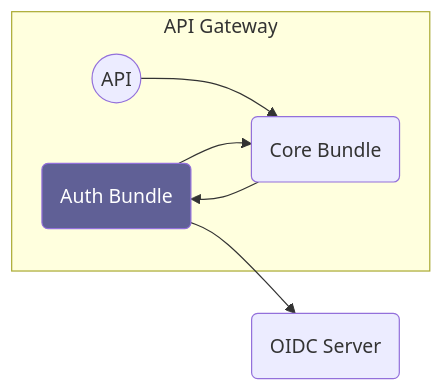
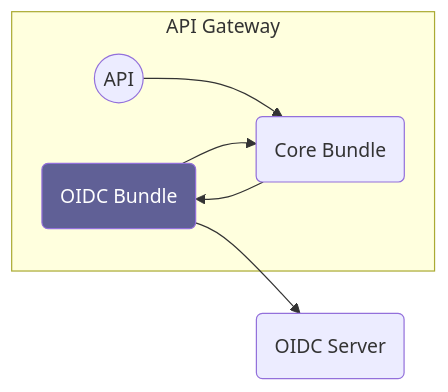
The diagram in docs/README.md (digital-blueprint/relay-core-connector-oidc-bundle), drawn with Mermaid before and after one commit. The commit also changed other lines of this file and 2 other files, not shown here.

Commit message:
docs: more auth -> oidc renaming

````diff
--- a/docs/README.md
+++ b/docs/README.md
@@ -9,17 +9,17 @@
 ```mermaid
 graph LR
-    style auth_bundle fill:#606096,color:#fff
+    style core_connector_oidc_bundle fill:#606096,color:#fff
 
     oidc_server("OIDC Server")
 
     subgraph API Gateway
         api(("API"))
         core_bundle("Core Bundle")
-        auth_bundle("Auth Bundle")
+        core_connector_oidc_bundle("OIDC Bundle")
     end
 
     api --> core_bundle
-    core_bundle --> auth_bundle
-    auth_bundle --> core_bundle
-    auth_bundle --> oidc_server
+    core_bundle --> core_connector_oidc_bundle
+    core_connector_oidc_bundle --> core_bundle
+    core_connector_oidc_bundle --> oidc_server
 ```
````
